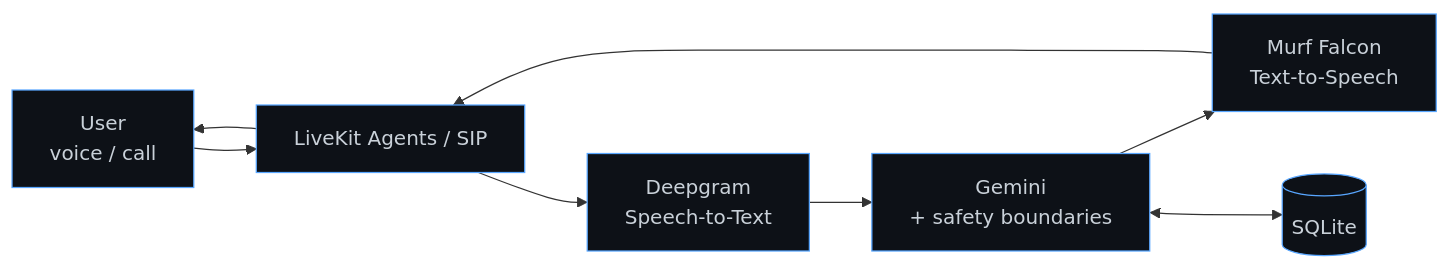
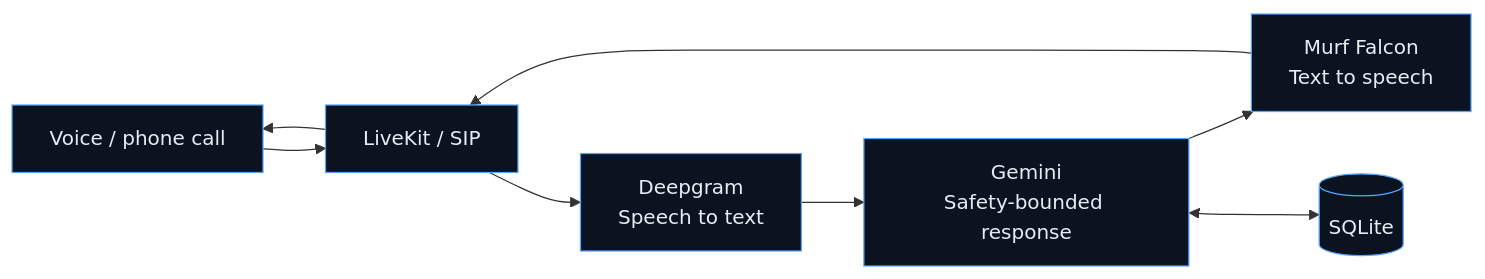
Before and after one commit to kunalchwdry/kunalchwdry: the seventh of 11 diagrams in README.md, drawn with Mermaid. The commit also changed other lines of this file, not shown here.

````diff
--- a/README.md
+++ b/README.md
@@ -594,13 +348,13 @@
-```mermaid
+``` mermaid
 flowchart LR
-    U["User<br/>voice / call"] --> LK["LiveKit Agents / SIP"]
-    LK --> STT["Deepgram<br/>Speech-to-Text"]
-    STT --> LLM["Gemini<br/>+ safety boundaries"]
-    LLM --> TTS["Murf Falcon<br/>Text-to-Speech"]
+    U["Voice / phone call"] --> LK["LiveKit / SIP"]
+    LK --> STT["Deepgram<br/>Speech to text"]
+    STT --> LLM["Gemini<br/>Safety-bounded response"]
+    LLM --> TTS["Murf Falcon<br/>Text to speech"]
     TTS --> LK
     LK --> U
     LLM <--> DB[("SQLite")]
 
-    classDef n fill:#0d1117,stroke:#58a6ff,color:#c9d1d9;
+    classDef n fill:#0b1220,stroke:#58a6ff,color:#e6edf3;
     class U,LK,STT,LLM,TTS,DB n;
 ```
````
